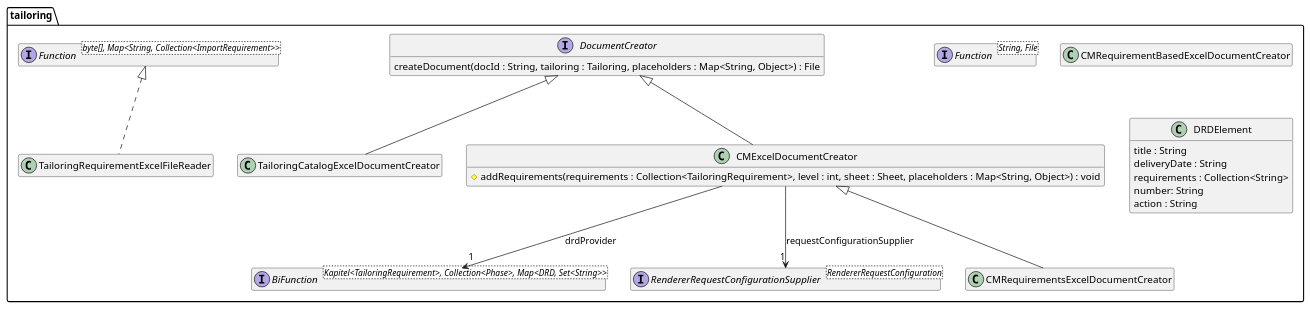
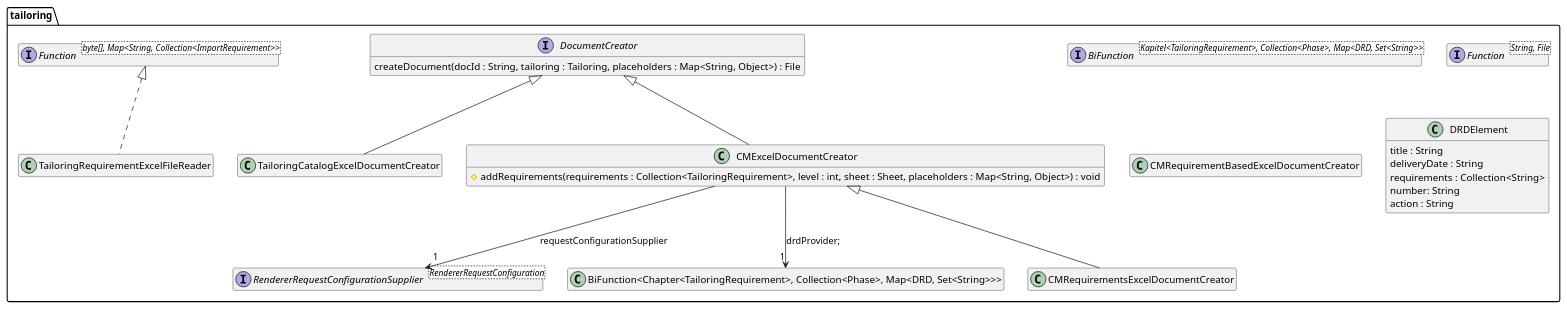
One commit to tailoringexpert/platform changed the diagram in src/site/arc42/plantuml/poi/tailoring/Ebene3.plantuml. Above: the diagram before and after it, drawn with PlantUML. The commit also changed 3 other files, not shown here.

```diff
--- a/src/site/arc42/plantuml/poi/tailoring/Ebene3.plantuml
+++ b/src/site/arc42/plantuml/poi/tailoring/Ebene3.plantuml
@@ -1,52 +1,52 @@
 @startuml Ebene3.png
 hide empty members
 
 package tailoring {
 
     interface DocumentCreator {
         createDocument(docId : String, tailoring : Tailoring, placeholders : Map<String, Object>) : File
     }
 
     interface "BiFunction<Kapitel<TailoringRequirement>, Collection<Phase>, Map<DRD, Set<String>>>" as drdSupplier {
     }
 
     interface "Function<String, File>" as templateSupplier {
     }
 
     interface "RendererRequestConfigurationSupplier<RendererRequestConfiguration>" as RendererRequestConfigurationSupplier {
     }
 
     class TailoringCatalogExcelDocumentCreator {
     }
     DocumentCreator <|-- TailoringCatalogExcelDocumentCreator
 
     class CMExcelDocumentCreator {
         #addRequirements(requirements : Collection<TailoringRequirement>, level : int, sheet : Sheet, placeholders : Map<String, Object>) : void
     }
     DocumentCreator <|-- CMExcelDocumentCreator
     CMExcelDocumentCreator --> "1" RendererRequestConfigurationSupplier : requestConfigurationSupplier
-    CMExcelDocumentCreator --> "1" drdSupplier : drdProvider
+    CMExcelDocumentCreator --> "1" "BiFunction<Chapter<TailoringRequirement>, Collection<Phase>, Map<DRD, Set<String>>>" : drdProvider;
 
     class CMRequirementBasedExcelDocumentCreator {
     }
     CMExcelDocumentCreator <|-- CMRequirementsExcelDocumentCreator
 
     class DRDElement {
         title : String
         deliveryDate : String
         requirements : Collection<String>
         number: String
         action : String
     }
 
     class CMRequirementsExcelDocumentCreator {
     }
 
     interface "Function<byte[], Map<String, Collection<ImportRequirement>>>" as requirementFunction {
     }
 
     class TailoringRequirementExcelFileReader {
     }
     requirementFunction <|.. TailoringRequirementExcelFileReader
 }
 @enduml
```
